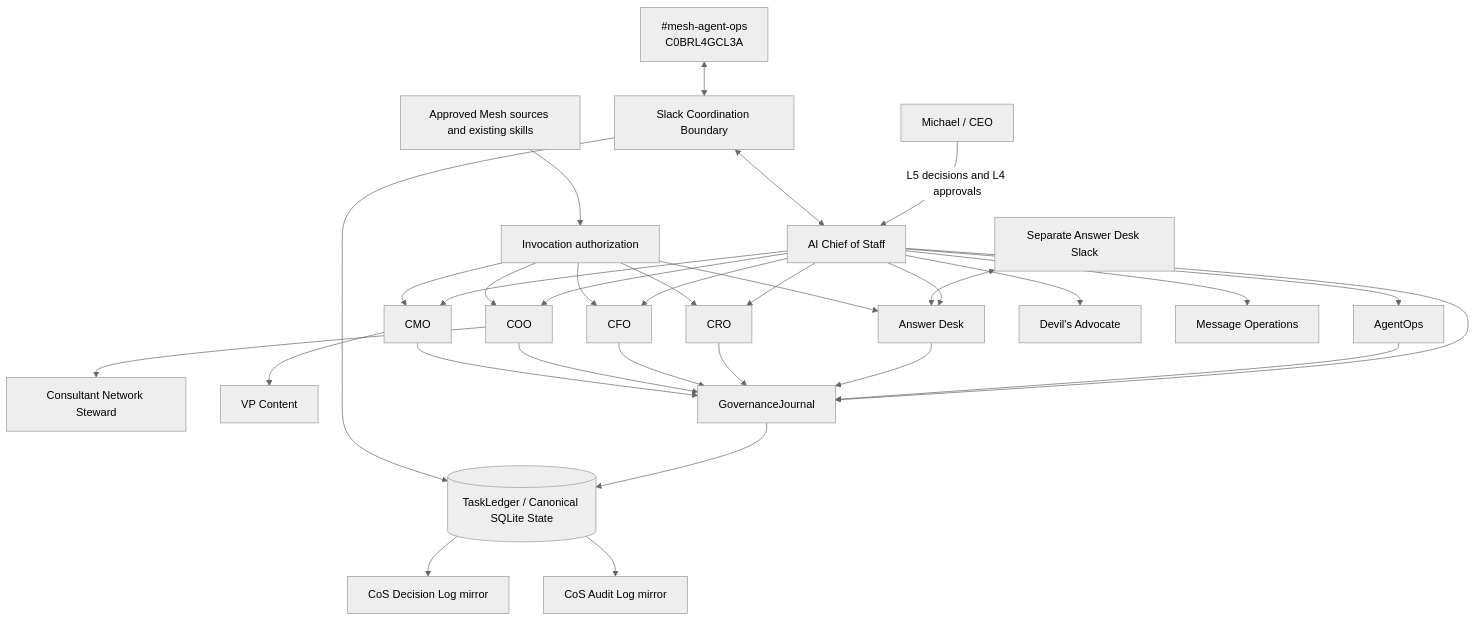
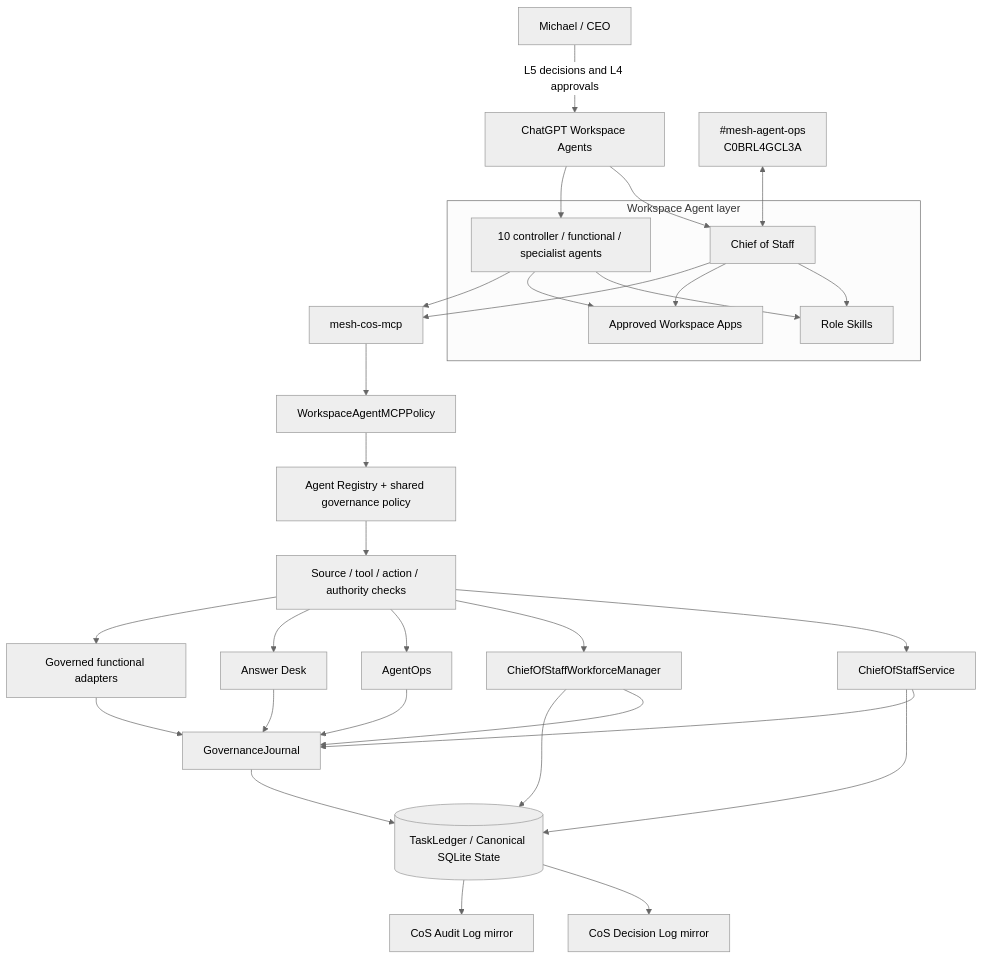
Before and after one commit to mkleinbe/mesh-ai-agent-cos-universe: the first of 2 diagrams in README.md, drawn with Mermaid (neutral theme). The commit also changed other lines of this file, not shown here.

Commit message:
docs: document ChatGPT Workspace Agent release

````diff
--- a/README.md
+++ b/README.md
@@ -19,38 +27,42 @@
 ```mermaid
 flowchart TB
-    CEO[Michael / CEO] -->|L5 decisions and L4 approvals| COS[AI Chief of Staff]
-    COS --> AO[AgentOps]
-    COS --> AD[Answer Desk]
-    COS --> CRO[CRO]
-    COS --> CFO[CFO]
-    COS --> COO[COO]
-    COS --> CMO[CMO]
-    COS --> DA[Devil's Advocate]
-    COS --> MO[Message Operations]
-    COO --> CNS[Consultant Network Steward]
-    CMO --> VPC[VP Content]
+    CEO[Michael / CEO] -->|L5 decisions and L4 approvals| WA[ChatGPT Workspace Agents]
 
+    subgraph WAF[Workspace Agent layer]
+      COSWA[Chief of Staff]
+      FUN[10 controller / functional / specialist agents]
+      SK[Role Skills]
+      APP[Approved Workspace Apps]
+      COSWA --> SK
+      FUN --> SK
+      COSWA --> APP
+      FUN --> APP
+    end
+
+    WA --> COSWA
+    WA --> FUN
+    COSWA --> MCP[mesh-cos-mcp]
+    FUN --> MCP
+
+    MCP --> MP[WorkspaceAgentMCPPolicy]
+    MP --> REG[Agent Registry + shared governance policy]
+    REG --> AUTH[Source / tool / action / authority checks]
+    AUTH --> COS[ChiefOfStaffService]
+    AUTH --> WM[ChiefOfStaffWorkforceManager]
+    AUTH --> AO[AgentOps]
+    AUTH --> AD[Answer Desk]
+    AUTH --> FA[Governed functional adapters]
     COS --> GOV[GovernanceJournal]
+    WM --> GOV
     AO --> GOV
     AD --> GOV
-    CRO --> GOV
-    CFO --> GOV
-    COO --> GOV
-    CMO --> GOV
+    FA --> GOV
     GOV --> LEDGER[(TaskLedger / Canonical SQLite State)]
+    COS --> LEDGER
+    WM --> LEDGER
 
     LEDGER --> DLOG[CoS Decision Log mirror]
     LEDGER --> ALOG[CoS Audit Log mirror]
 
-    SLACK[#mesh-agent-ops\nC0BRL4GCL3A] <--> SC[Slack Coordination Boundary]
-    SC <--> COS
-    SC --> LEDGER
-    ADS[Separate Answer Desk Slack] <--> AD
-
-    SRC[Approved Mesh sources and existing skills] --> AUTH[Invocation authorization]
-    AUTH --> CRO
-    AUTH --> CFO
-    AUTH --> COO
-    AUTH --> CMO
-    AUTH --> AD
+    SLACK[#mesh-agent-ops\nC0BRL4GCL3A] <--> COSWA
 ```
````
